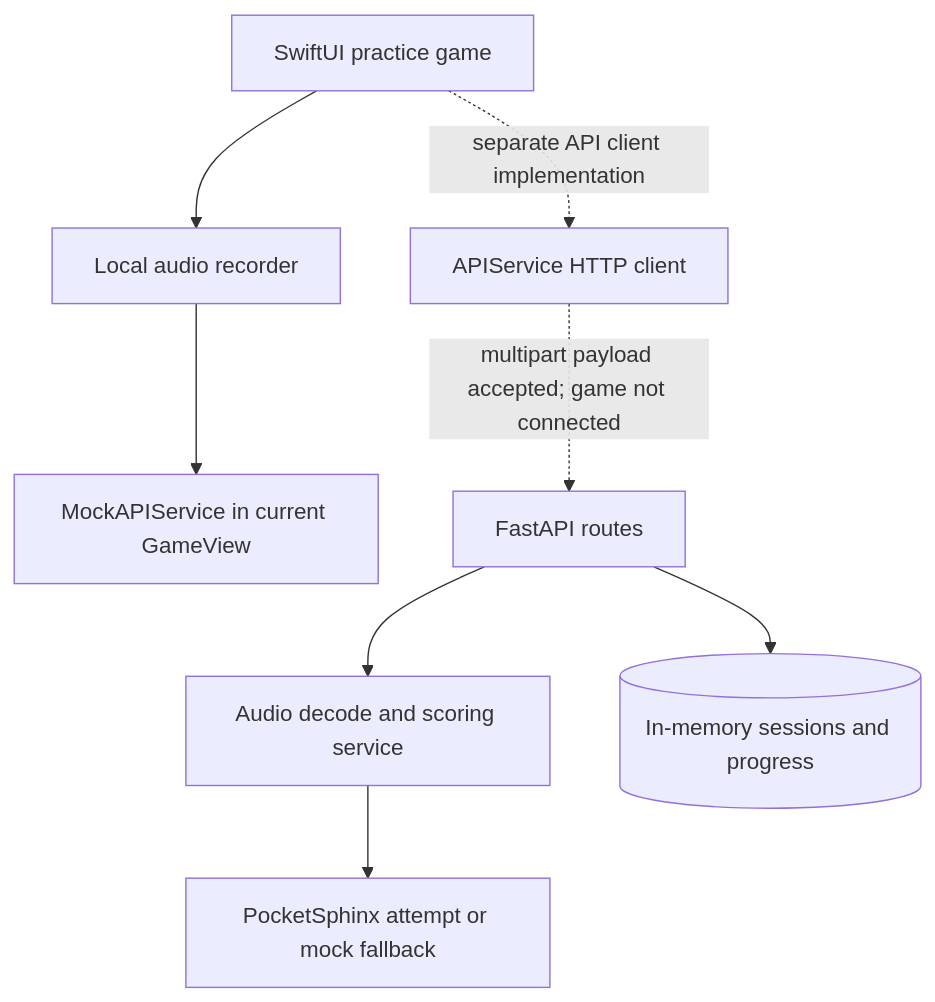
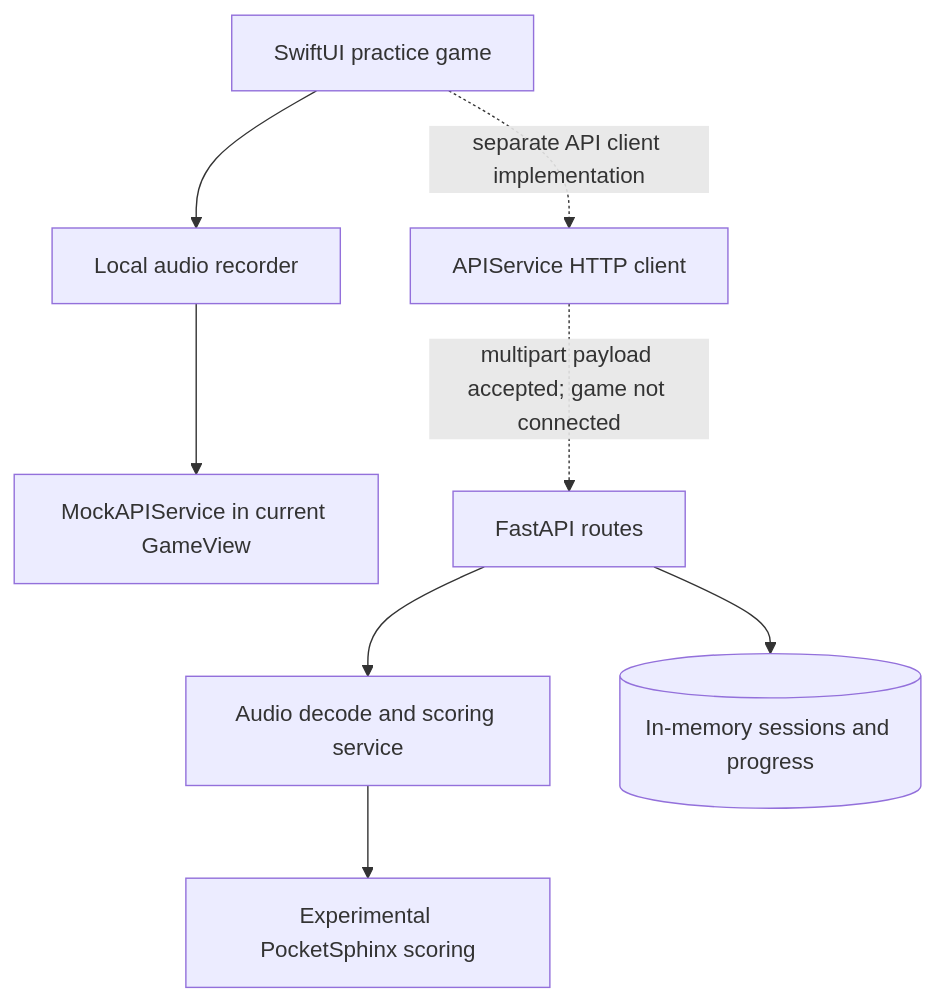
One commit to Albert-bit07/Speech-therapy-app changed the diagram in README.md. Above: the diagram before and after it, drawn with Mermaid. The commit also changed other lines of this file and 7 other files, not shown here.

````diff
--- a/README.md
+++ b/README.md
@@ -20,10 +20,10 @@
 ```mermaid
 flowchart TD
   U[SwiftUI practice game] --> R[Local audio recorder]
   R --> M[MockAPIService in current GameView]
   U -. separate API client implementation .-> A[APIService HTTP client]
   A -. multipart payload accepted; game not connected .-> F[FastAPI routes]
   F --> S[Audio decode and scoring service]
-  S --> P[PocketSphinx attempt or mock fallback]
+  S --> P[Experimental PocketSphinx scoring]
   F --> D[(In-memory sessions and progress)]
 ```
````
